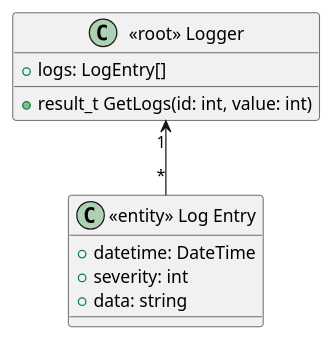
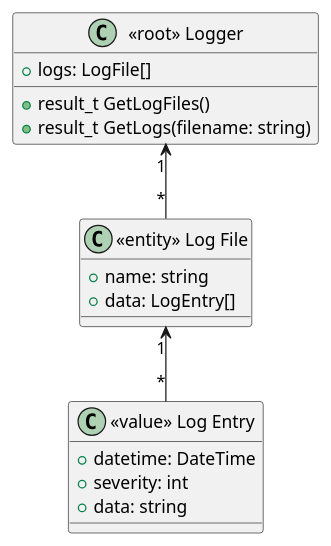
The diagram in PracticeTasks/Module2/Task_9/task9_logger.puml (fanglores/Advanced-Software-Design), drawn with PlantUML before and after one commit. The commit also changed 6 other files, not shown here.

```diff
--- a/PracticeTasks/Module2/Task_9/task9_logger.puml
+++ b/PracticeTasks/Module2/Task_9/task9_logger.puml
@@ -1,16 +1,23 @@
 @startuml
 
 class "<<root>> Logger" as logger {
-  +logs: LogEntry[]
-  +result_t GetLogs(id: int, value: int)
+  +logs: LogFile[]
+  +result_t GetLogFiles()
+  +result_t GetLogs(filename: string)
 }
 
-class "<<entity>> Log Entry" as entry {
+class "<<entity>> Log File" as file {
+  +name: string
+  +data: LogEntry[]
+}
+
+class "<<value>> Log Entry" as entry {
   +datetime: DateTime
   +severity: int
   +data: string
 }
 
-logger "1" <-- "*" entry
+logger "1" <-- "*" file
+file "1" <-- "*" entry
 
 @enduml
```
